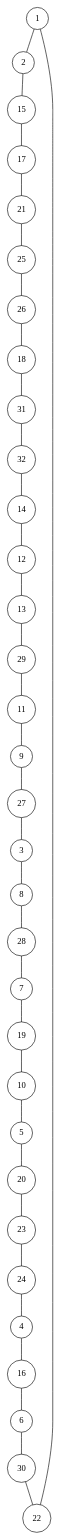
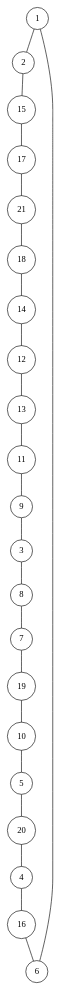
Before and after one commit to lugot/tsp-approximation: the diagram in data_generated/random1716955679/random1716955679.0.dot, drawn with Graphviz. The commit also changed 29 other files, not shown here.

```diff
--- a/data_generated/random1716955679/random1716955679.0.dot
+++ b/data_generated/random1716955679/random1716955679.0.dot
@@ -1,68 +1,46 @@
 graph random1716955679 {
 	node [shape=circle fillcolor=white]
 	1 [ pos = "2.888563,2.938799!"]
 	2 [ pos = "5.979193,3.742232!"]
 	3 [ pos = "19.204047,19.623305!"]
 	4 [ pos = "0.090760,14.916853!"]
 	5 [ pos = "6.952253,17.640141!"]
 	6 [ pos = "4.485589,6.612680!"]
 	7 [ pos = "9.853760,12.406870!"]
 	8 [ pos = "17.241166,19.441588!"]
 	9 [ pos = "17.250827,13.102488!"]
 	10 [ pos = "8.194523,14.814104!"]
 	11 [ pos = "16.449382,11.034476!"]
 	12 [ pos = "20.000000,3.412952!"]
 	13 [ pos = "18.031777,5.099406!"]
 	14 [ pos = "14.637593,3.621221!"]
 	15 [ pos = "7.098284,7.294717!"]
 	16 [ pos = "3.256702,9.986846!"]
 	17 [ pos = "10.233516,9.235894!"]
 	18 [ pos = "13.729078,9.245684!"]
 	19 [ pos = "8.667320,13.819838!"]
 	20 [ pos = "3.970658,15.619573!"]
 	21 [ pos = "11.268101,8.456247!"]
-	22 [ pos = "2.040374,0.929982!"]
-	23 [ pos = "0.671238,19.281540!"]
-	24 [ pos = "0.179691,17.922065!"]
-	25 [ pos = "12.192149,8.374214!"]
-	26 [ pos = "12.544291,8.449653!"]
-	27 [ pos = "19.408690,12.352412!"]
-	28 [ pos = "11.862605,17.248589!"]
-	29 [ pos = "17.451818,6.308319!"]
-	30 [ pos = "0.677931,4.358223!"]
-	31 [ pos = "13.603037,3.934632!"]
-	32 [ pos = "14.345070,3.644674!"]
 
 	1 -- 2
 	2 -- 15
 	3 -- 8
 	4 -- 16
 	5 -- 20
-	6 -- 30
+	6 -- 1
 	7 -- 19
-	8 -- 28
-	9 -- 27
+	8 -- 7
+	9 -- 3
 	10 -- 5
 	11 -- 9
 	12 -- 13
-	13 -- 29
+	13 -- 11
 	14 -- 12
 	15 -- 17
 	16 -- 6
 	17 -- 21
-	18 -- 31
+	18 -- 14
 	19 -- 10
-	20 -- 23
-	21 -- 25
-	22 -- 1
-	23 -- 24
-	24 -- 4
-	25 -- 26
-	26 -- 18
-	27 -- 3
-	28 -- 7
-	29 -- 11
-	30 -- 22
-	31 -- 32
-	32 -- 14
+	20 -- 4
+	21 -- 18
 }
```
